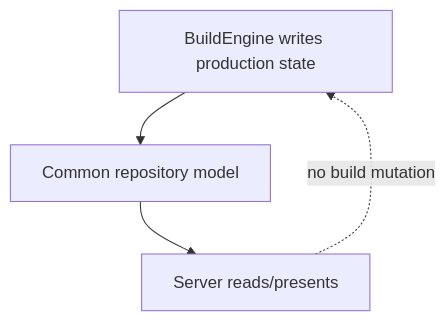
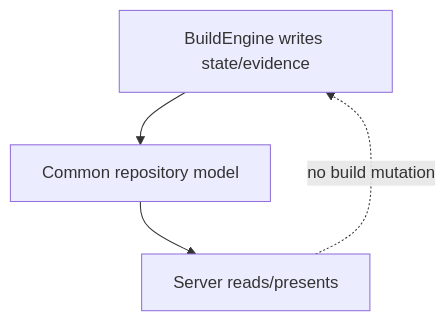
One commit to adeccscholar/BuildEngine-Admin changed the fourth of 4 diagrams in admin/server-docs/server.md. Above: the diagram before and after it, drawn with Mermaid. The commit also changed other lines of this file, not shown here.

Commit message:
Document current Server/Common gaps explicitly

````diff
--- a/admin/server-docs/server.md
+++ b/admin/server-docs/server.md
@@ -300,6 +178,6 @@
 ```mermaid
 flowchart TD
-    BE[BuildEngine writes production state] --> C[Common repository model]
+    BE[BuildEngine writes state/evidence] --> C[Common repository model]
     C --> S[Server reads/presents]
     S -. no build mutation .-> BE
 ```
````
